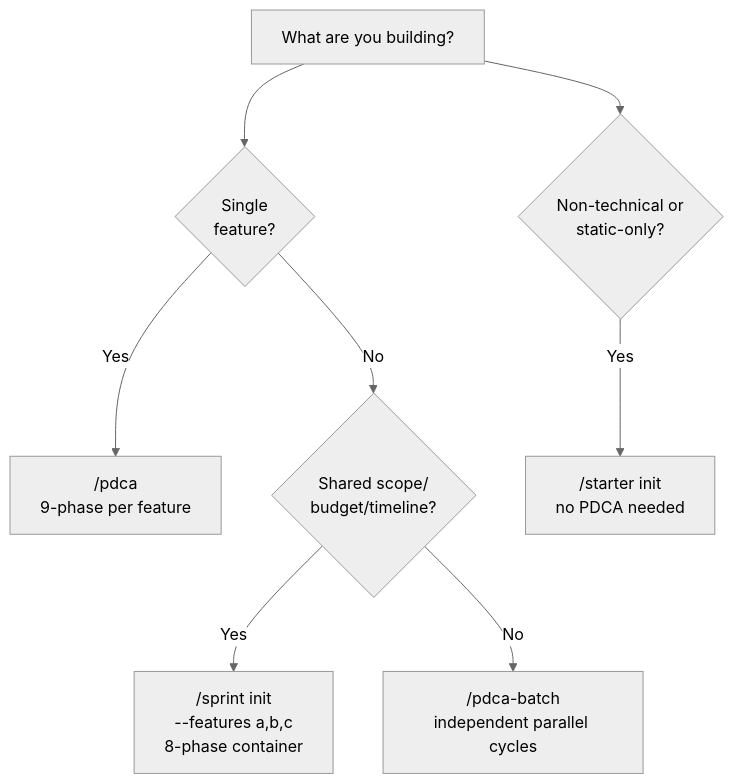
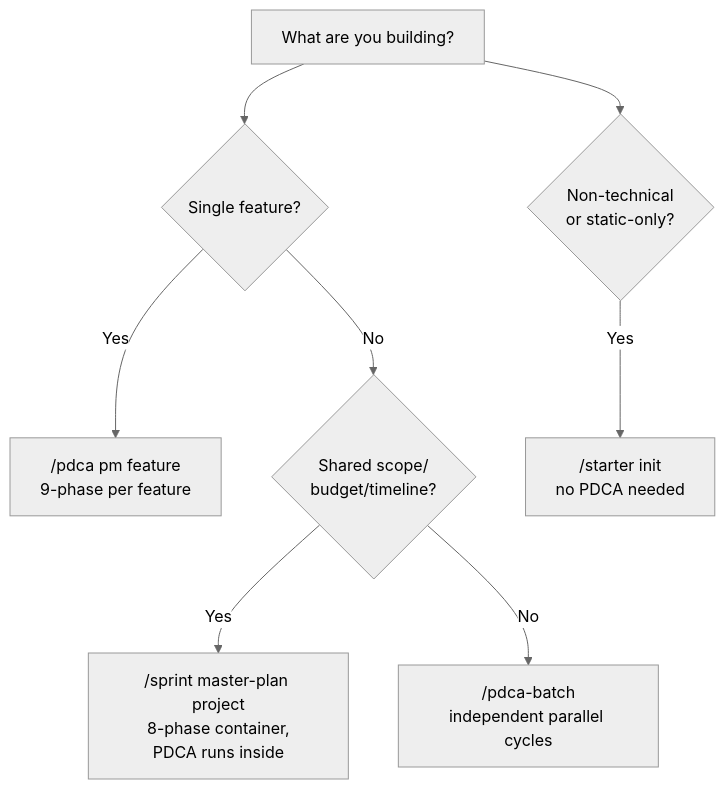
Before and after one commit to Stars1233/bkit-claude-code: the fourth of 10 diagrams in README-FULL.md, drawn with Mermaid (neutral theme). The commit also changed other lines of this file and 1 other file, not shown here.

````diff
--- a/README-FULL.md
+++ b/README-FULL.md
@@ -341,11 +312,11 @@
 ```mermaid
 flowchart TD
-    Q[What are you building?]
-    Q --> Single{Single<br/>feature?}
-    Single -- Yes --> PDCA["/pdca <feature><br/>9-phase per feature"]
-    Single -- No --> Shared{Shared scope/<br/>budget/timeline?}
-    Shared -- Yes --> Sprint["/sprint init <id><br/>--features a,b,c<br/>8-phase container"]
-    Shared -- No --> Batch["/pdca-batch<br/>independent parallel cycles"]
-    Q --> Static{Non-technical or<br/>static-only?}
-    Static -- Yes --> Starter["/starter init<br/>no PDCA needed"]
+    Q["What are you building?"]
+    Q --> Single{"Single feature?"}
+    Single -- "Yes" --> PDCA["/pdca pm feature<br/>9-phase per feature"]
+    Single -- "No" --> Shared{"Shared scope/<br/>budget/timeline?"}
+    Shared -- "Yes" --> Sprint["/sprint master-plan project<br/>8-phase container,<br/>PDCA runs inside"]
+    Shared -- "No" --> Batch["/pdca-batch<br/>independent parallel cycles"]
+    Q --> Static{"Non-technical<br/>or static-only?"}
+    Static -- "Yes" --> Starter["/starter init<br/>no PDCA needed"]
 ```
````
